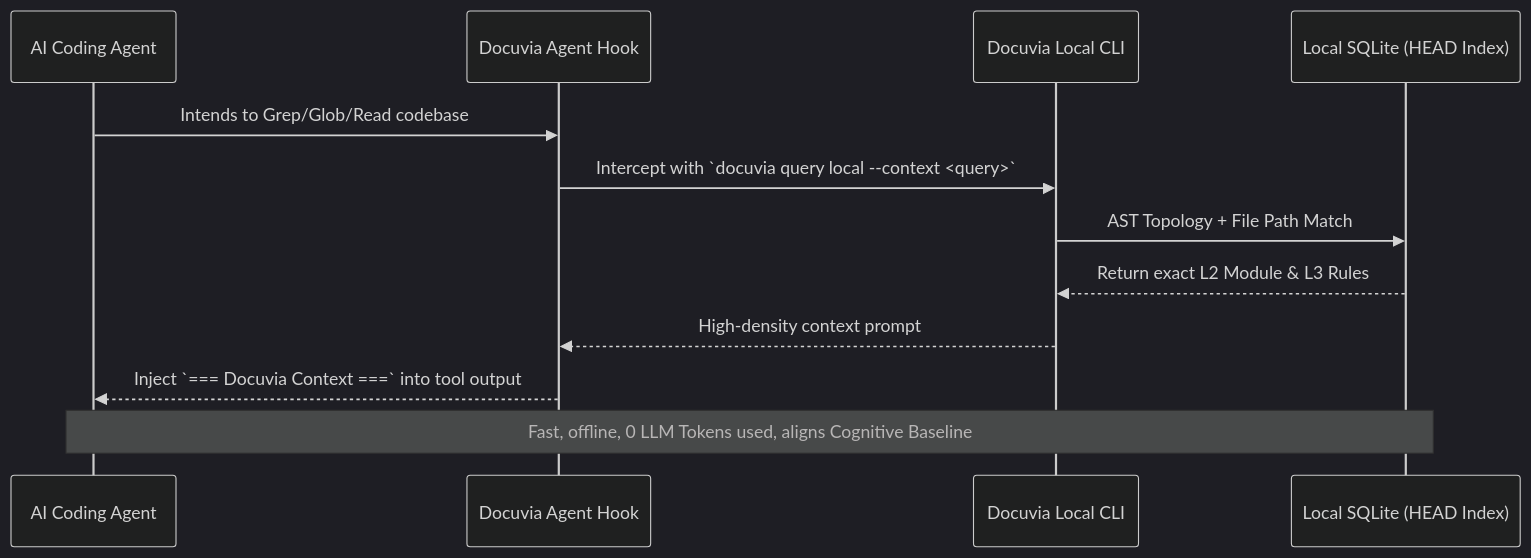
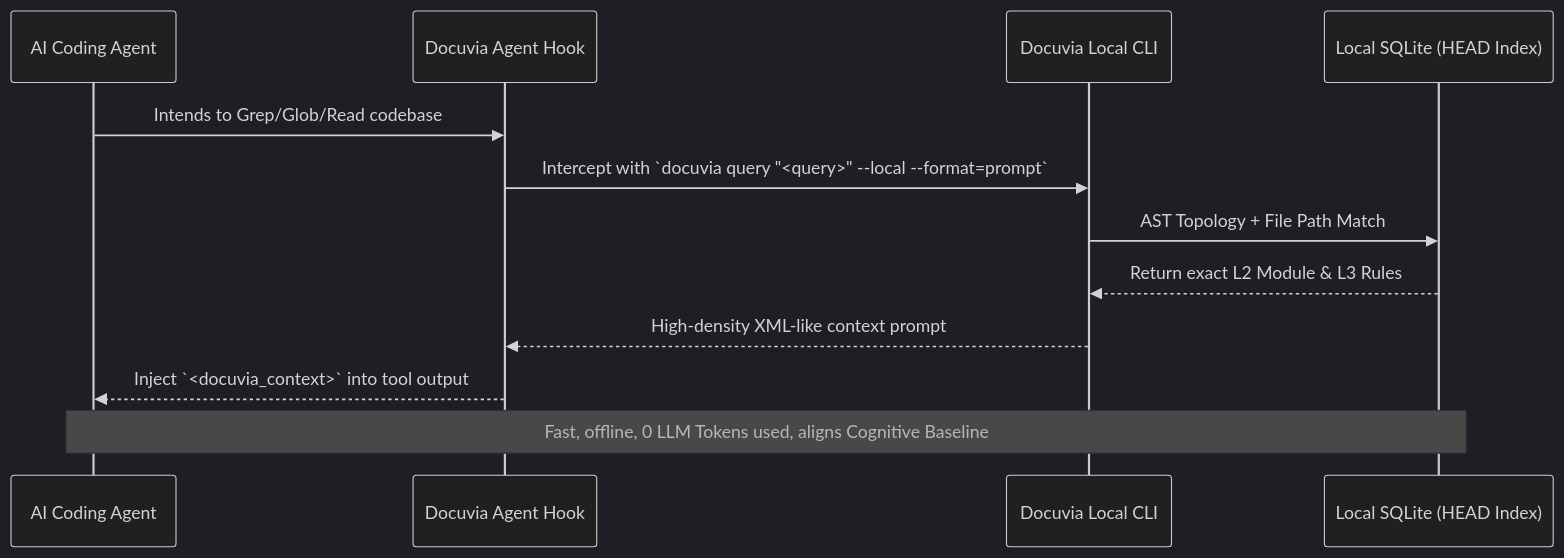
Before and after one commit to dyphn1/Docuvia: the seventh of 10 diagrams in docs/design/06-runtime-scenarios.md, drawn with Mermaid (dark theme).

Commit message:
docs(design): sync runtime scenarios with updated docuvia query CLI interface

````diff
--- a/docs/design/06-runtime-scenarios.md
+++ b/docs/design/06-runtime-scenarios.md
@@ -212,15 +212,15 @@
 ```mermaid
 sequenceDiagram
     participant Agent as AI Coding Agent
     participant Hook as Docuvia Agent Hook
     participant CLI as Docuvia Local CLI
     participant LocalDB as Local SQLite (HEAD Index)
     
     Agent->>Hook: Intends to Grep/Glob/Read codebase
-    Hook->>CLI: Intercept with `docuvia query local --context <query>`
+    Hook->>CLI: Intercept with `docuvia query "<query>" --local --format=prompt`
     CLI->>LocalDB: AST Topology + File Path Match
     LocalDB-->>CLI: Return exact L2 Module & L3 Rules
-    CLI-->>Hook: High-density context prompt
-    Hook-->>Agent: Inject `=== Docuvia Context ===` into tool output
+    CLI-->>Hook: High-density XML-like context prompt
+    Hook-->>Agent: Inject `<docuvia_context>` into tool output
     Note over Agent,LocalDB: Fast, offline, 0 LLM Tokens used, aligns Cognitive Baseline
 ```
````
